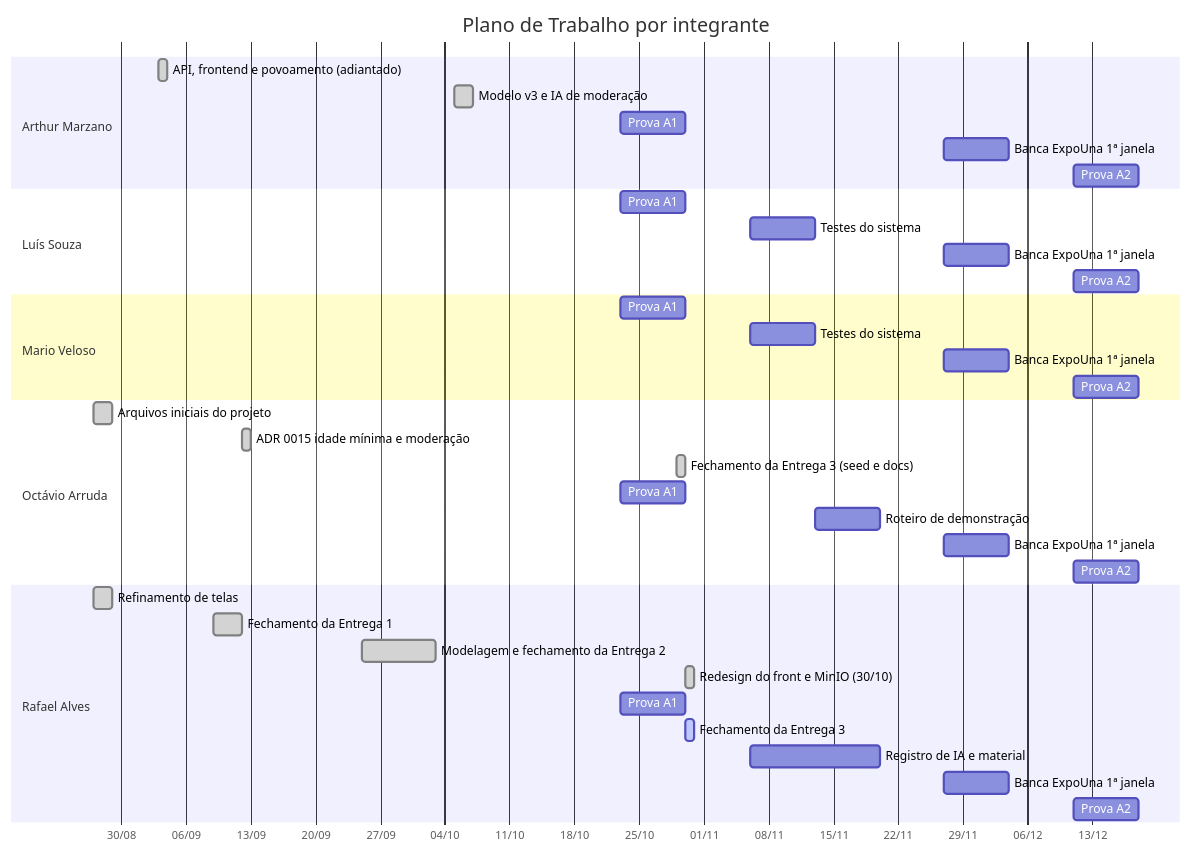
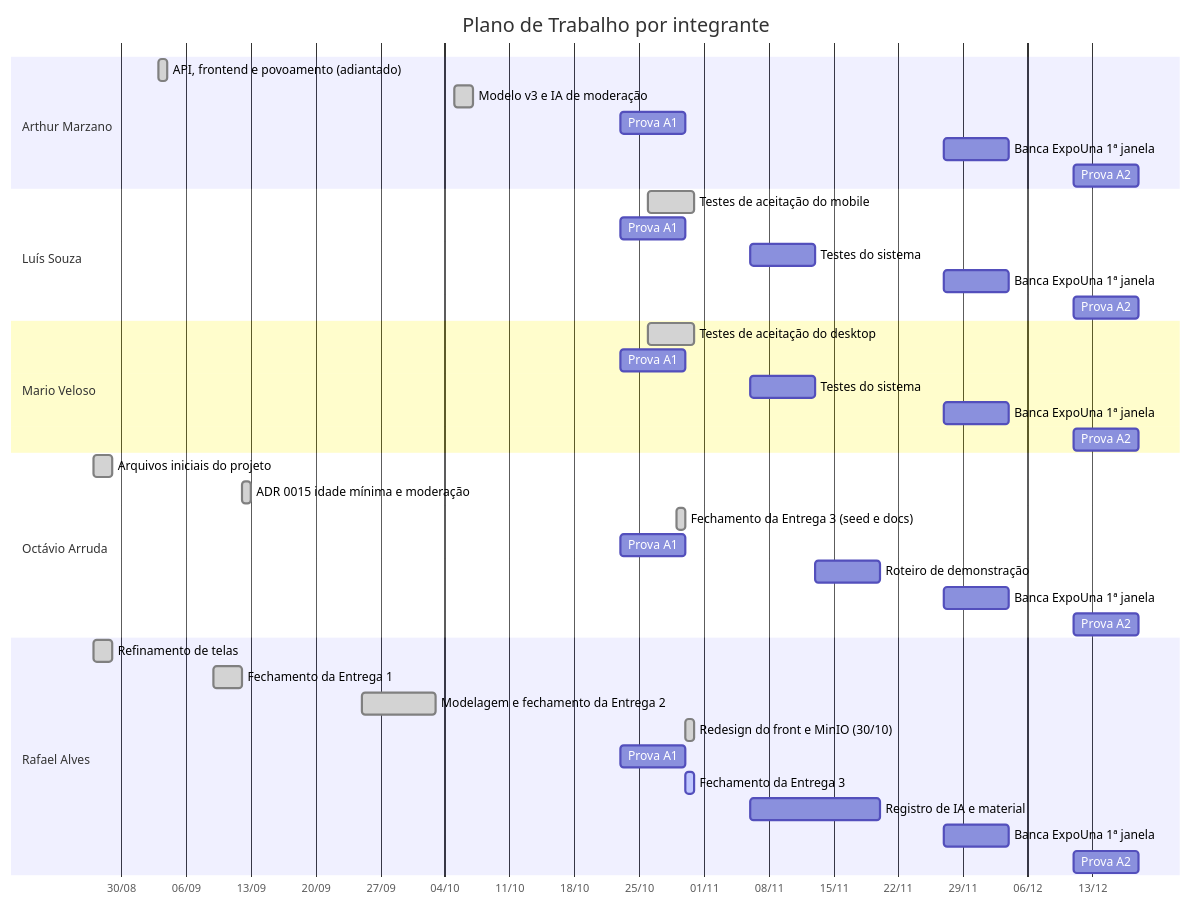
One commit to SecreTavin/A3-banco-de-dados changed the diagram in docs/00-introducao/07-plano-de-trabalho.md. Above: the diagram before and after it, drawn with Mermaid. The commit also changed other lines of this file and 4 other files, not shown here.

Commit message:
docs: registra os testes de aceitacao de desktop e mobile e as correcoes decorrentes

````diff
--- a/docs/00-introducao/07-plano-de-trabalho.md
+++ b/docs/00-introducao/07-plano-de-trabalho.md
@@ -91,46 +92,48 @@
 ```mermaid
 gantt
     title Plano de Trabalho por integrante
     dateFormat YYYY-MM-DD
     axisFormat %d/%m
     todayMarker off
 
     section Arthur Marzano
     API, frontend e povoamento (adiantado)  :done, ar1, 2026-09-03, 1d
     Modelo v3 e IA de moderação             :done, ar2, 2026-10-05, 2d
     Prova A1                                :ar3, 2026-10-23, 7d
     Banca ExpoUna 1ª janela                 :ar4, 2026-11-27, 7d
     Prova A2                                :ar5, 2026-12-11, 7d
 
     section Luís Souza
+    Testes de aceitação do mobile           :done, lu0, 2026-10-26, 5d
     Prova A1                                :lu1, 2026-10-23, 7d
     Testes do sistema                       :lu2, 2026-11-06, 7d
     Banca ExpoUna 1ª janela                 :lu3, 2026-11-27, 7d
     Prova A2                                :lu4, 2026-12-11, 7d
 
     section Mario Veloso
+    Testes de aceitação do desktop          :done, ma0, 2026-10-26, 5d
     Prova A1                                :ma1, 2026-10-23, 7d
     Testes do sistema                       :ma2, 2026-11-06, 7d
     Banca ExpoUna 1ª janela                 :ma3, 2026-11-27, 7d
     Prova A2                                :ma4, 2026-12-11, 7d
 
     section Octávio Arruda
     Arquivos iniciais do projeto            :done, oc1, 2026-08-27, 2d
     ADR 0015 idade mínima e moderação       :done, oc2, 2026-09-12, 1d
     Fechamento da Entrega 3 (seed e docs)   :done, oc2b, 2026-10-29, 1d
     Prova A1                                :oc3, 2026-10-23, 7d
     Roteiro de demonstração                 :oc4, 2026-11-13, 7d
     Banca ExpoUna 1ª janela                 :oc5, 2026-11-27, 7d
     Prova A2                                :oc6, 2026-12-11, 7d
 
     section Rafael Alves
     Refinamento de telas                    :done, ra1, 2026-08-27, 2d
     Fechamento da Entrega 1                 :done, ra2, 2026-09-09, 3d
     Modelagem e fechamento da Entrega 2     :done, ra3, 2026-09-25, 8d
     Redesign do front e MinIO (30/10)       :done, ra4, 2026-10-30, 1d
     Prova A1                                :ra5, 2026-10-23, 7d
     Fechamento da Entrega 3                 :active, ra6, 2026-10-30, 1d
     Registro de IA e material               :ra7, 2026-11-06, 14d
     Banca ExpoUna 1ª janela                 :ra8, 2026-11-27, 7d
     Prova A2                                :ra9, 2026-12-11, 7d
 ```
````
